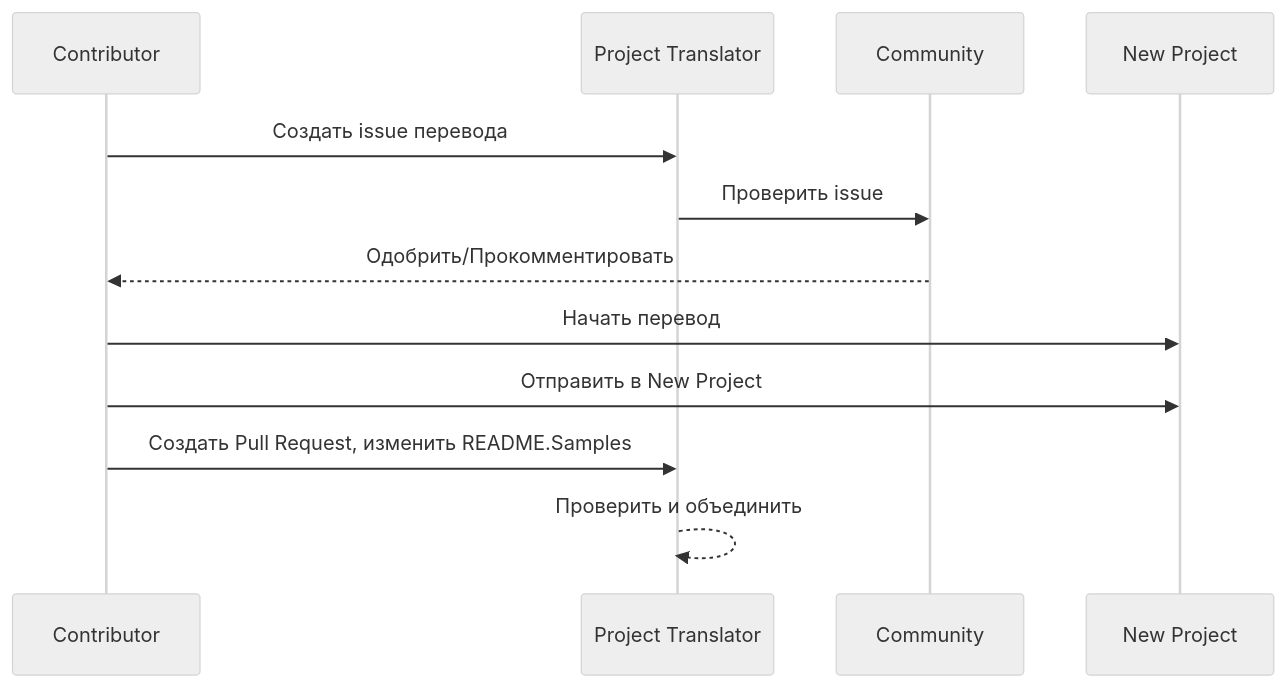
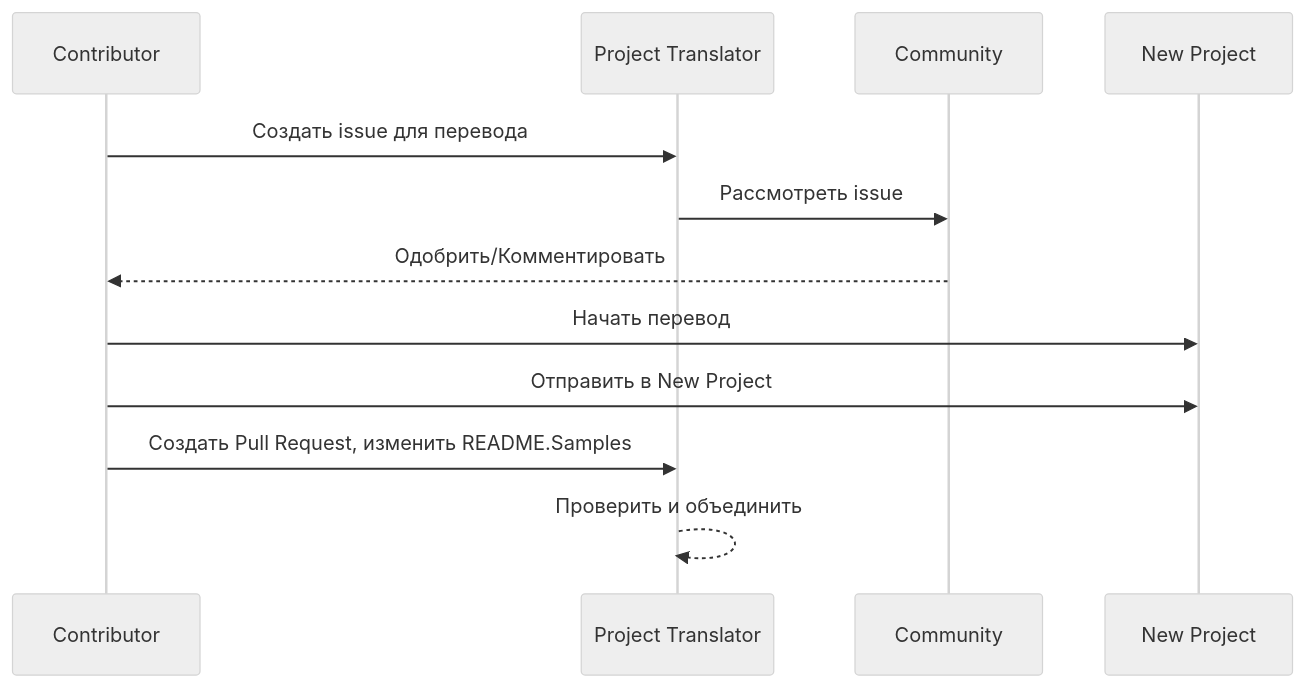
One commit to Project-Translation/project_translator changed the diagram in readmes/README.ru-ru.md. Above: the diagram before and after it, drawn with Mermaid (neutral theme). The commit also changed other lines of this file and 52 other files, not shown here.

````diff
--- a/readmes/README.ru-ru.md
+++ b/readmes/README.ru-ru.md
@@ -56,10 +63,10 @@
 ```mermaid
 sequenceDiagram
-  Contributor->>Project Translator: Создать issue перевода
-  Project Translator->>Community: Проверить issue
-  Community-->>Contributor: Одобрить/Прокомментировать
+  Contributor->>Project Translator: Создать issue для перевода
+  Project Translator->>Community: Рассмотреть issue
+  Community-->>Contributor: Одобрить/Комментировать
   Contributor->>New Project: Начать перевод
   Contributor->>New Project: Отправить в New Project
   Contributor->>Project Translator: Создать Pull Request, изменить README.Samples
   Project Translator-->>Project Translator: Проверить и объединить
 ```
````
